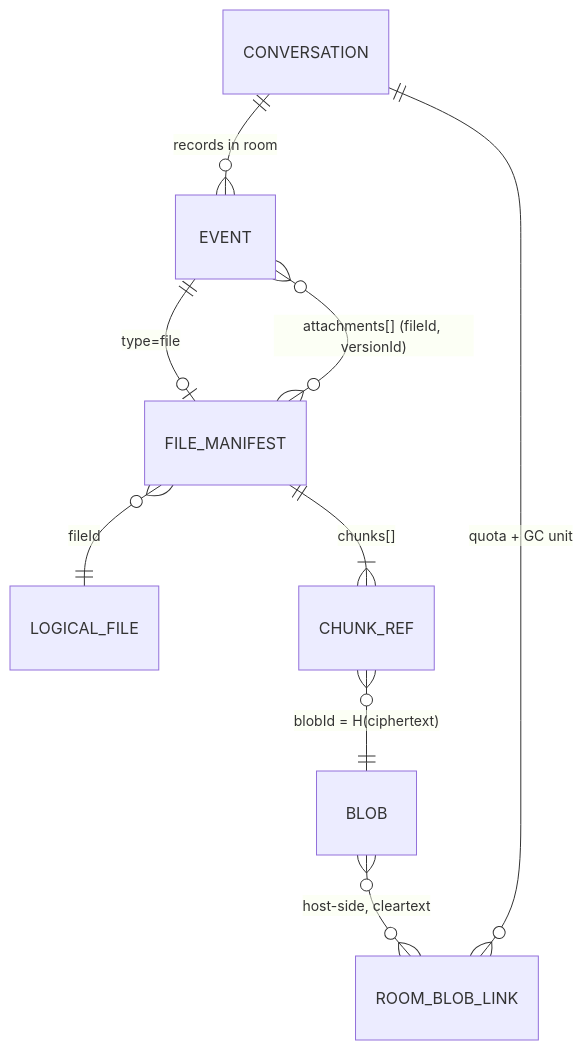
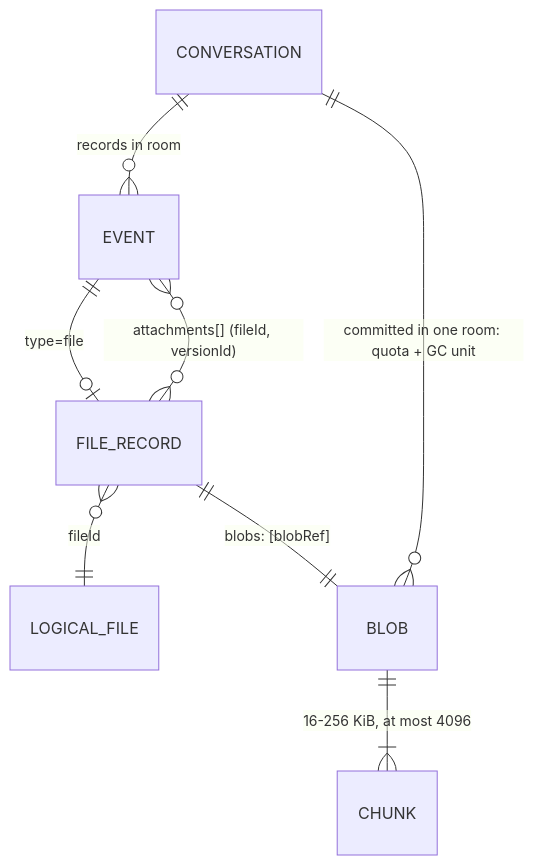
One commit to berkmancenter/keyring-wallet changed the second of 4 diagrams in docs/plans/openvtc-rooms-plan/rooms_group_messaging_subtask.md. Above: the diagram before and after it, drawn with Mermaid. The commit also changed other lines of this file and 7 other files, not shown here.

````diff
--- a/docs/plans/openvtc-rooms-plan/rooms_group_messaging_subtask.md
+++ b/docs/plans/openvtc-rooms-plan/rooms_group_messaging_subtask.md
@@ -231,11 +231,10 @@
 ```mermaid
 erDiagram
     CONVERSATION ||--o{ EVENT : "records in room"
-    EVENT ||--o| FILE_MANIFEST : "type=file"
-    EVENT }o--o{ FILE_MANIFEST : "attachments[] (fileId, versionId)"
-    FILE_MANIFEST }o--|| LOGICAL_FILE : "fileId"
-    FILE_MANIFEST ||--|{ CHUNK_REF : "chunks[]"
-    CHUNK_REF }o--|| BLOB : "blobId = H(ciphertext)"
-    BLOB }o--o{ ROOM_BLOB_LINK : "host-side, cleartext"
-    CONVERSATION ||--o{ ROOM_BLOB_LINK : "quota + GC unit"
+    EVENT ||--o| FILE_RECORD : "type=file"
+    EVENT }o--o{ FILE_RECORD : "attachments[] (fileId, versionId)"
+    FILE_RECORD }o--|| LOGICAL_FILE : "fileId"
+    FILE_RECORD ||--|| BLOB : "blobs: [blobRef]"
+    BLOB ||--|{ CHUNK : "16-256 KiB, at most 4096"
+    CONVERSATION ||--o{ BLOB : "committed in one room: quota + GC unit"
 ```
````
